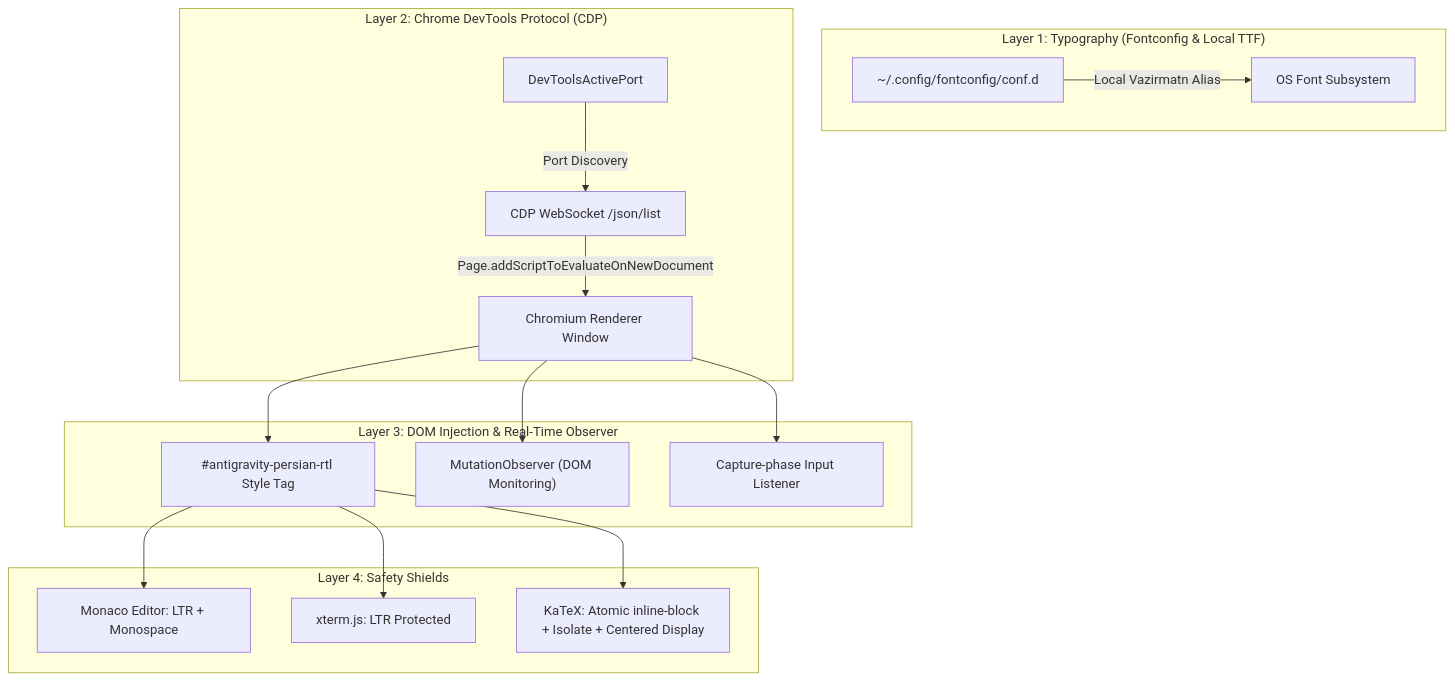
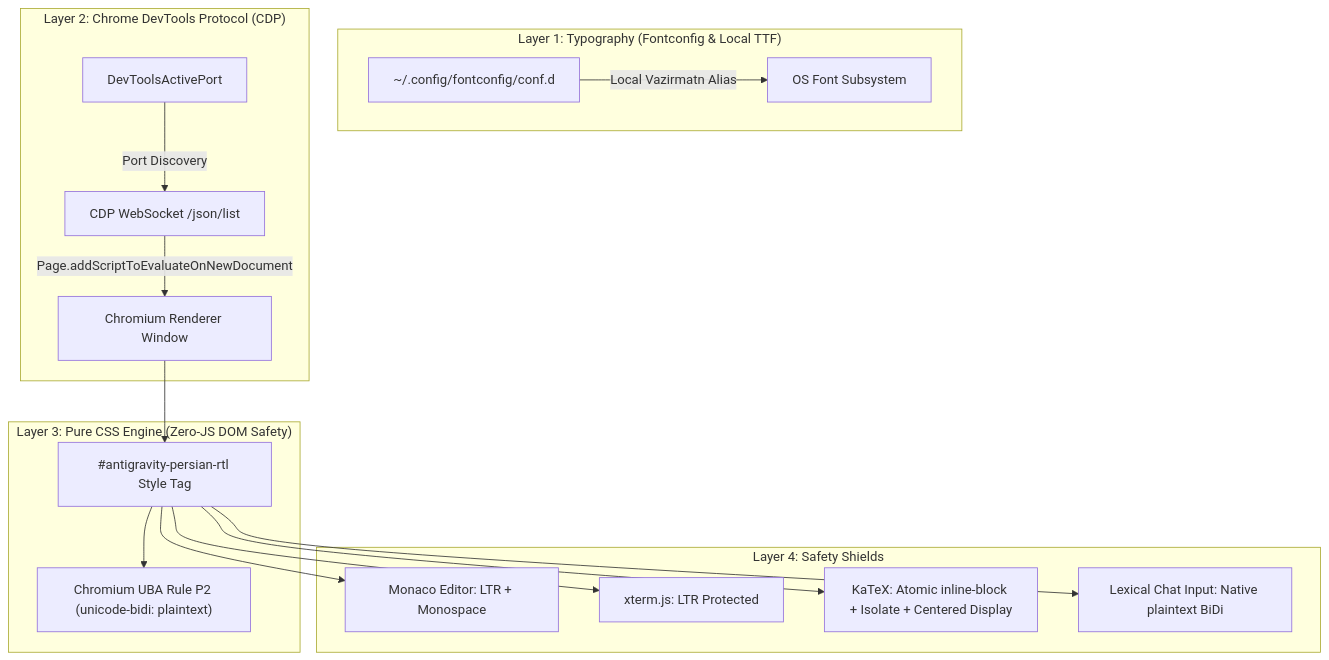
Before and after one commit to alipmirzaei/antigravity-persian-rtl: the diagram in CODE_DOCUMENTATION.md, drawn with Mermaid. The commit also changed other lines of this file and 1 other file, not shown here.

Commit message:
fix: migrate to pure CSS UBA engine to eliminate UI crash and blank screen on /btw and streaming

````diff
--- a/CODE_DOCUMENTATION.md
+++ b/CODE_DOCUMENTATION.md
@@ -41,23 +41,23 @@
 ```mermaid
 flowchart TD
     subgraph Layer1 ["Layer 1: Typography (Fontconfig & Local TTF)"]
         FC["~/.config/fontconfig/conf.d"] -->|Local Vazirmatn Alias| OSFont["OS Font Subsystem"]
     end
 
     subgraph Layer2 ["Layer 2: Chrome DevTools Protocol (CDP)"]
         PortFile["DevToolsActivePort"] -->|Port Discovery| Sockets["CDP WebSocket /json/list"]
         Sockets -->|Page.addScriptToEvaluateOnNewDocument| Chromium["Chromium Renderer Window"]
     end
 
-    subgraph Layer3 ["Layer 3: DOM Injection & Real-Time Observer"]
+    subgraph Layer3 ["Layer 3: Pure CSS Engine (Zero-JS DOM Safety)"]
         Chromium --> Style["#antigravity-persian-rtl Style Tag"]
-        Chromium --> Observer["MutationObserver (DOM Monitoring)"]
-        Chromium --> Listener["Capture-phase Input Listener"]
+        Style --> UBA["Chromium UBA Rule P2 (unicode-bidi: plaintext)"]
     end
 
     subgraph Layer4 ["Layer 4: Safety Shields"]
         Style --> Monaco["Monaco Editor: LTR + Monospace"]
         Style --> Term["xterm.js: LTR Protected"]
         Style --> KaTeX["KaTeX: Atomic inline-block + Isolate + Centered Display"]
+        Style --> Lexical["Lexical Chat Input: Native plaintext BiDi"]
     end
 ```
````
